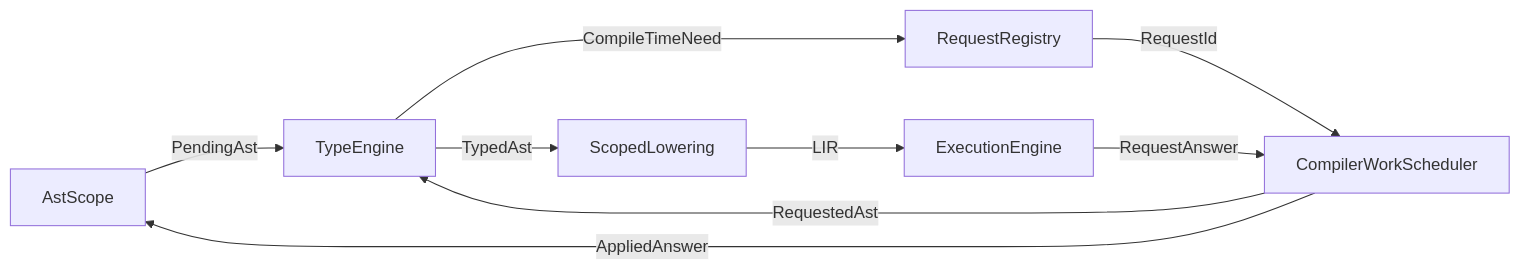
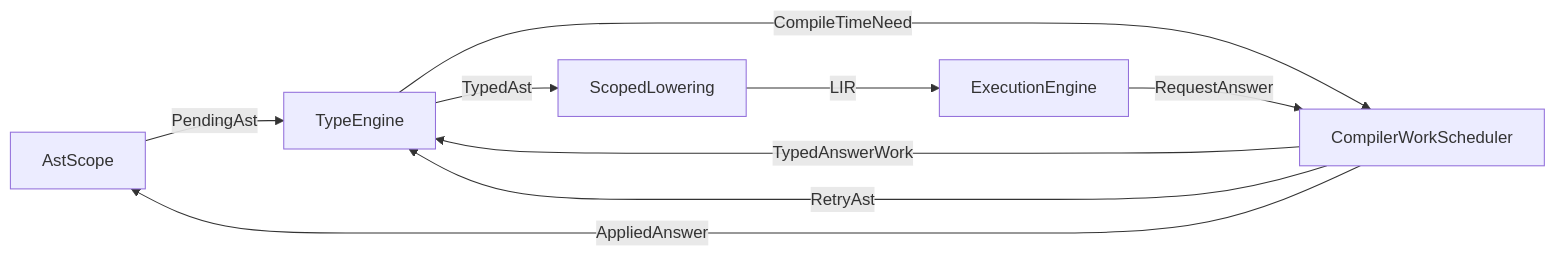
One commit to JakkuSakura/FerroPhase changed the diagram in docs/ConstEval.md. Above: the diagram before and after it, drawn with Mermaid. The commit also changed 26 other files, not shown here.

First line of the commit message:
feat(compiler): add CompilerScheduler with LIFO stack and blocking support

````diff
--- a/docs/ConstEval.md
+++ b/docs/ConstEval.md
@@ -15,11 +15,11 @@
 ```mermaid
 flowchart LR
     AstScope[AstScope] -->|PendingAst| TypeEngine[TypeEngine]
-    TypeEngine -->|CompileTimeNeed| RequestRegistry[RequestRegistry]
-    RequestRegistry -->|RequestId| CompilerWorkScheduler[CompilerWorkScheduler]
-    CompilerWorkScheduler -->|RequestedAst| TypeEngine
+    TypeEngine -->|CompileTimeNeed| CompilerWorkScheduler[CompilerWorkScheduler]
+    CompilerWorkScheduler -->|TypedAnswerWork| TypeEngine
     TypeEngine -->|TypedAst| ScopedLowering[ScopedLowering]
     ScopedLowering -->|LIR| ExecutionEngine[ExecutionEngine]
     ExecutionEngine -->|RequestAnswer| CompilerWorkScheduler
+    CompilerWorkScheduler -->|RetryAst| TypeEngine
     CompilerWorkScheduler -->|AppliedAnswer| AstScope
 ```
````
